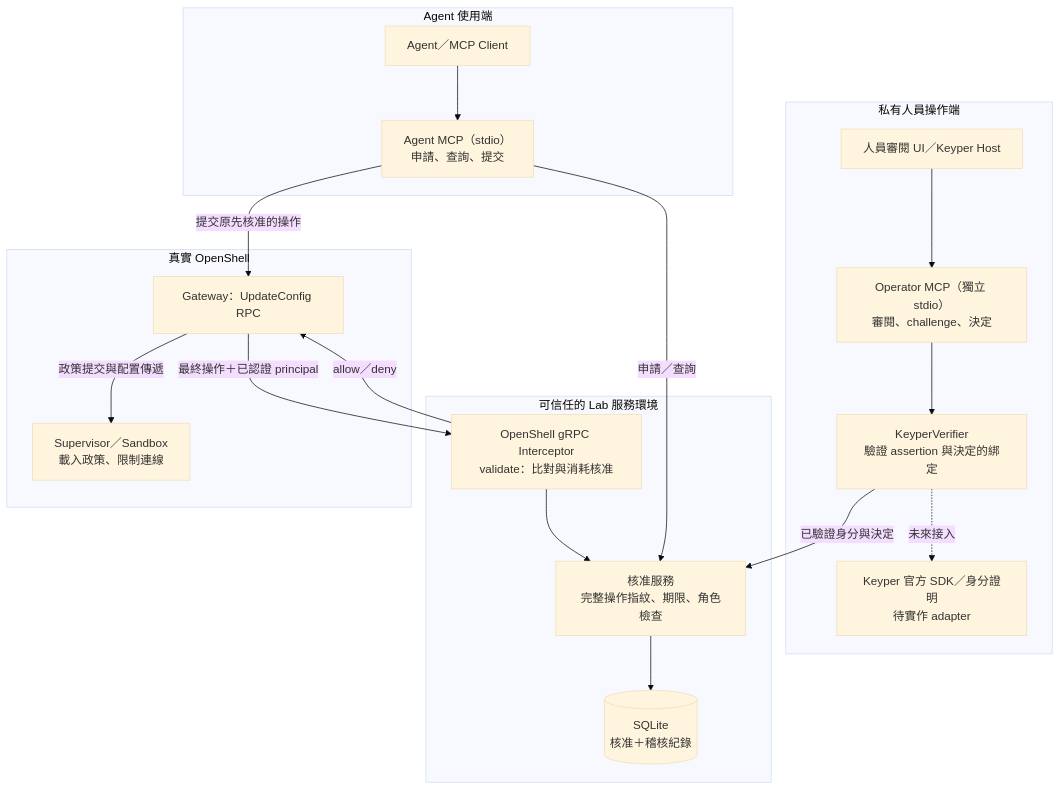
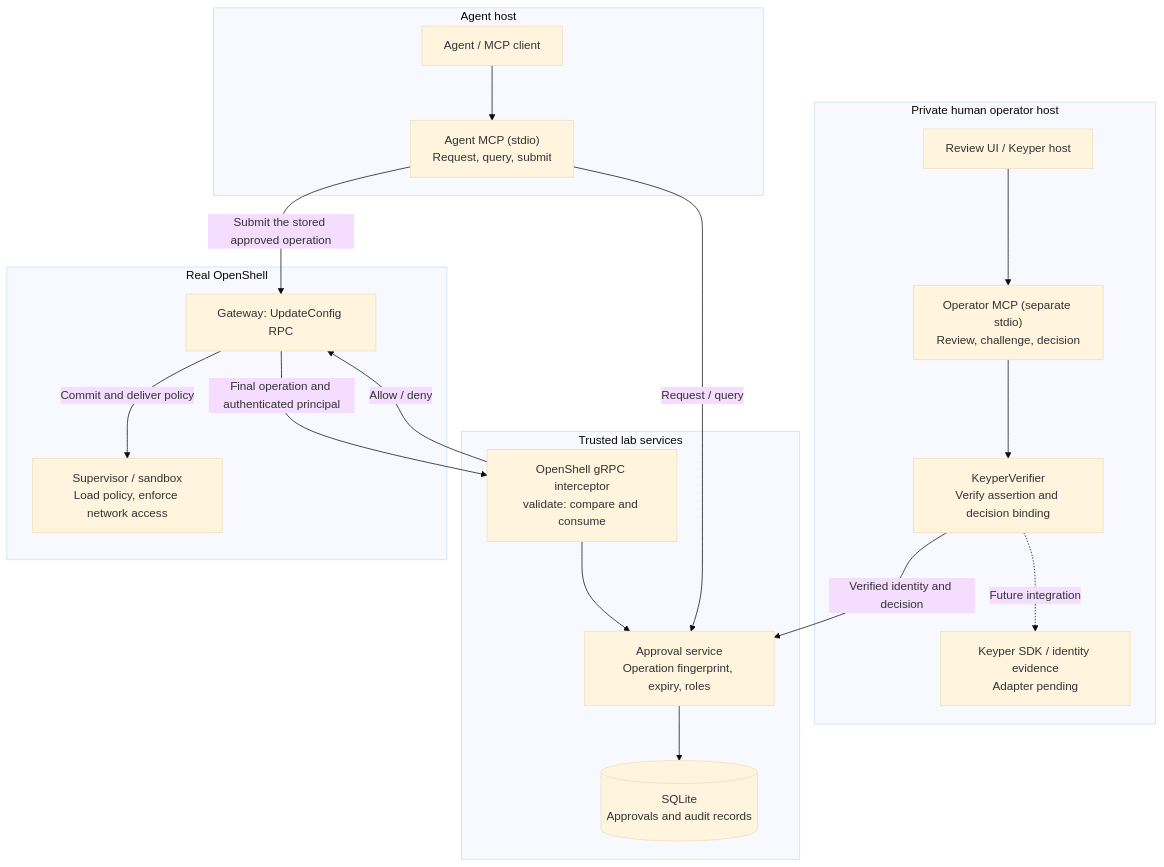
The first of 2 diagrams in README.md (pecutsai-dev/openshell-keyper-lab), drawn with Mermaid (base theme) before and after one commit. The commit also changed other lines of this file and 3 other files, not shown here.

````diff
--- a/README.md
+++ b/README.md
@@ -26,33 +32,33 @@
 ```mermaid
 flowchart TB
-    subgraph AgentHost["Agent 使用端"]
-        A["Agent／MCP Client"]
-        AM["Agent MCP（stdio）<br/>申請、查詢、提交"]
+    subgraph AgentHost["Agent host"]
+        A["Agent / MCP client"]
+        AM["Agent MCP (stdio)<br/>Request, query, submit"]
         A --> AM
     end
-    subgraph OperatorHost["私有人員操作端"]
-        H["人員審閱 UI／Keyper Host"]
-        OM["Operator MCP（獨立 stdio）<br/>審閱、challenge、決定"]
-        V["KeyperVerifier<br/>驗證 assertion 與決定的綁定"]
-        K["Keyper 官方 SDK／身分證明<br/>待實作 adapter"]
+    subgraph OperatorHost["Private human operator host"]
+        H["Review UI / Keyper host"]
+        OM["Operator MCP (separate stdio)<br/>Review, challenge, decision"]
+        V["KeyperVerifier<br/>Verify assertion and decision binding"]
+        K["Keyper SDK / identity evidence<br/>Adapter pending"]
         H --> OM --> V
-        V -. "未來接入" .-> K
+        V -. "Future integration" .-> K
     end
-    subgraph TrustedLab["可信任的 Lab 服務環境"]
-        S["核准服務<br/>完整操作指紋、期限、角色檢查"]
-        DB[("SQLite<br/>核准＋稽核紀錄")]
-        I["OpenShell gRPC Interceptor<br/>validate：比對與消耗核准"]
+    subgraph TrustedLab["Trusted lab services"]
+        S["Approval service<br/>Operation fingerprint, expiry, roles"]
+        DB[("SQLite<br/>Approvals and audit records")]
+        I["OpenShell gRPC interceptor<br/>validate: compare and consume"]
         S --> DB
         I --> S
     end
-    subgraph Runtime["真實 OpenShell"]
-        G["Gateway：UpdateConfig RPC"]
-        B["Supervisor／Sandbox<br/>載入政策、限制連線"]
-        G -->|"政策提交與配置傳遞"| B
+    subgraph Runtime["Real OpenShell"]
+        G["Gateway: UpdateConfig RPC"]
+        B["Supervisor / sandbox<br/>Load policy, enforce network access"]
+        G -->|"Commit and deliver policy"| B
     end
-    AM -->|"申請／查詢"| S
-    V -->|"已驗證身分與決定"| S
-    AM -->|"提交原先核准的操作"| G
-    G -->|"最終操作＋已認證 principal"| I
-    I -->|"allow／deny"| G
+    AM -->|"Request / query"| S
+    V -->|"Verified identity and decision"| S
+    AM -->|"Submit the stored approved operation"| G
+    G -->|"Final operation and authenticated principal"| I
+    I -->|"Allow / deny"| G
 ```
````
